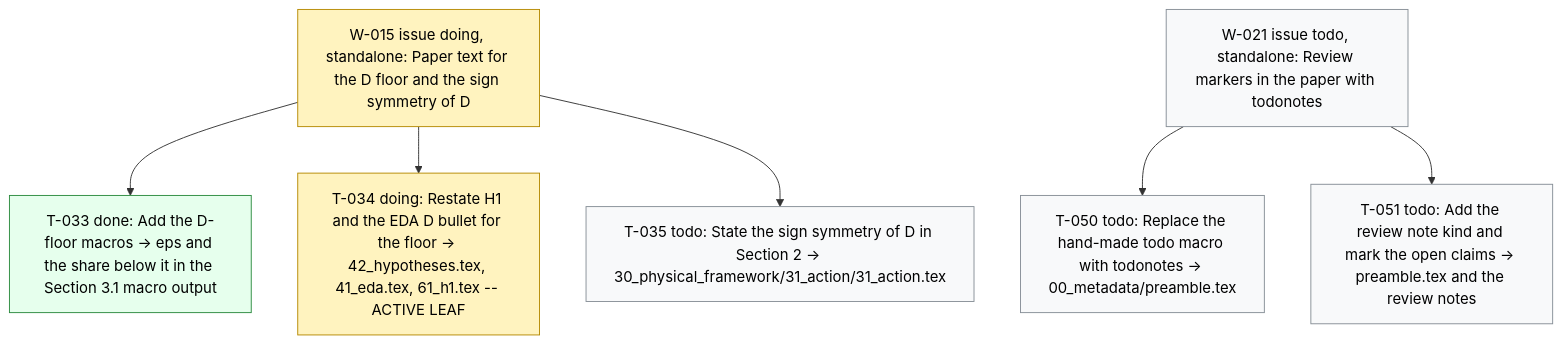
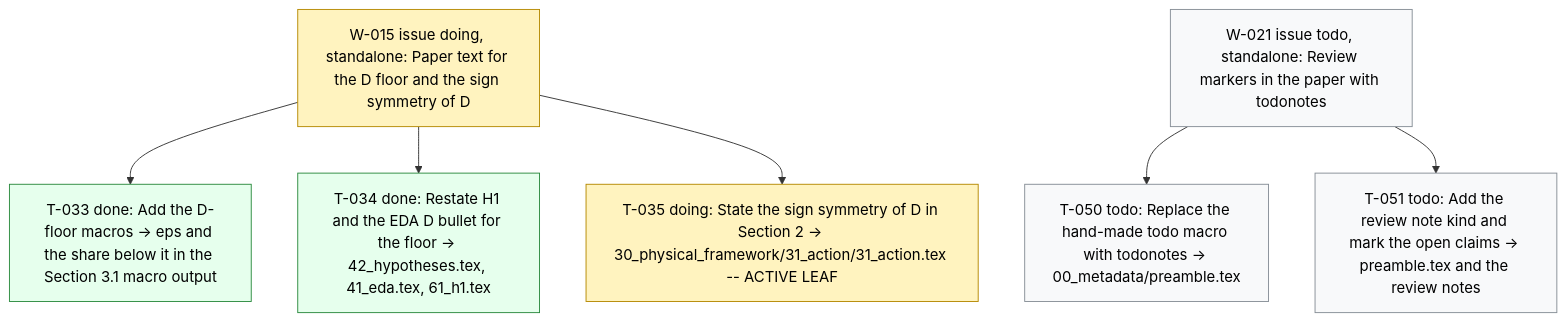
Before and after one commit to dpopchev/surrogate-models: the diagram in .board/BOARD.md, drawn with Mermaid. The commit also changed other lines of this file and 4 other files, not shown here.

First line of the commit message:
docs: state the sign symmetry of the charge in Section 2

````diff
--- a/.board/BOARD.md
+++ b/.board/BOARD.md
@@ -171,18 +171,18 @@
 ```mermaid
 flowchart TD
   W015["W-015 issue doing, standalone: Paper text for the D floor and the sign symmetry of D"]
   W015 --> T033["T-033 done: Add the D-floor macros -> eps and the share below it in the Section 3.1 macro output"]
-  W015 --> T034["T-034 doing: Restate H1 and the EDA D bullet for the floor -> 42_hypotheses.tex, 41_eda.tex, 61_h1.tex -- ACTIVE LEAF"]
-  W015 --> T035["T-035 todo: State the sign symmetry of D in Section 2 -> 30_physical_framework/31_action/31_action.tex"]
+  W015 --> T034["T-034 done: Restate H1 and the EDA D bullet for the floor -> 42_hypotheses.tex, 41_eda.tex, 61_h1.tex"]
+  W015 --> T035["T-035 doing: State the sign symmetry of D in Section 2 -> 30_physical_framework/31_action/31_action.tex -- ACTIVE LEAF"]
   W021["W-021 issue todo, standalone: Review markers in the paper with todonotes"]
   W021 --> T050["T-050 todo: Replace the hand-made todo macro with todonotes -> 00_metadata/preamble.tex"]
   W021 --> T051["T-051 todo: Add the review note kind and mark the open claims -> preamble.tex and the review notes"]
   classDef doing fill:#fff3bf,stroke:#b58900,color:#000;
   classDef blocked fill:#ffe3e3,stroke:#c92a2a,color:#000;
   classDef done fill:#e6ffed,stroke:#2b8a3e,color:#000;
   classDef todo fill:#f8f9fa,stroke:#868e96,color:#000;
   classDef pruned fill:#f1f3f5,stroke:#adb5bd,color:#000;
-  class W015,T034 doing
-  class T033 done
-  class T035,W021,T050,T051 todo
+  class W015,T035 doing
+  class T033,T034 done
+  class W021,T050,T051 todo
 ```
````
